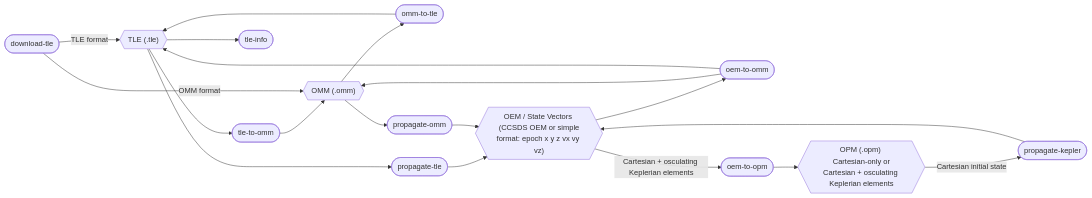
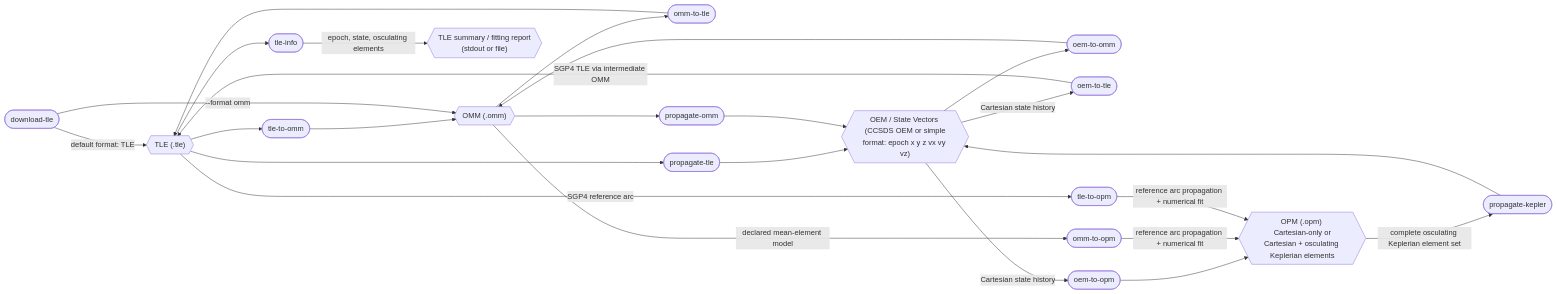
One commit to jeongyunl/ephem-toolkit changed the second of 2 diagrams in README.md. Above: the diagram before and after it, drawn with Mermaid. The commit also changed other lines of this file, not shown here.

Commit message:
Refactor README to enhance clarity on propagation commands and data flow, adding new commands and improving descriptions for better usability.

````diff
--- a/README.md
+++ b/README.md
@@ -71,43 +77,53 @@
 ```mermaid
 flowchart LR
     fmt_tle{{"TLE (.tle)"}}
     fmt_opm{{"OPM (.opm) <br/> Cartesian-only or Cartesian + osculating Keplerian elements"}}
     fmt_omm{{"OMM (.omm)"}}
     fmt_oem{{"OEM / State Vectors <br/> (CCSDS OEM or simple format: epoch x y z vx vy vz)"}}
 
     download_tle(["download-tle"])
     omm_to_tle(["omm-to-tle"])
     tle_to_omm(["tle-to-omm"])
     tle_info(["tle-info"])
     oem_to_omm(["oem-to-omm"])
+    oem_to_tle(["oem-to-tle"])
     oem_to_opm(["oem-to-opm"])
+    omm_to_opm(["omm-to-opm"])
+    tle_to_opm(["tle-to-opm"])
+    fmt_text_report{{"TLE summary / fitting report <br/> (stdout or file)"}}
     propagate_tle(["propagate-tle"])
     propagate_omm(["propagate-omm"])
     propagate_kepler(["propagate-kepler"])
 
     fmt_tle --> tle_to_omm
     tle_to_omm --> fmt_omm
 
     fmt_omm --> omm_to_tle
     omm_to_tle --> fmt_tle
 
     fmt_tle --> tle_info
+    tle_info -->|"epoch, state, osculating elements"| fmt_text_report
 
     fmt_oem --> oem_to_omm
     oem_to_omm --> fmt_omm
-    oem_to_omm --> fmt_tle
-    fmt_oem -->|"Cartesian + osculating Keplerian elements"| oem_to_opm
+    fmt_oem -->|"Cartesian state history"| oem_to_tle
+    oem_to_tle -->|"SGP4 TLE via intermediate OMM"| fmt_tle
+    fmt_oem -->|"Cartesian state history"| oem_to_opm
     oem_to_opm --> fmt_opm
 
     fmt_tle --> propagate_tle
     propagate_tle --> fmt_oem
 
     fmt_omm --> propagate_omm
     propagate_omm --> fmt_oem
+    fmt_omm -->|"declared mean-element model"| omm_to_opm
+    omm_to_opm -->|"reference arc propagation + numerical fit"| fmt_opm
+    fmt_tle -->|"SGP4 reference arc"| tle_to_opm
+    tle_to_opm -->|"reference arc propagation + numerical fit"| fmt_opm
 
-    fmt_opm -->|"Cartesian initial state"| propagate_kepler
+    fmt_opm -->|"complete osculating Keplerian element set"| propagate_kepler
     propagate_kepler --> fmt_oem
 
-    download_tle -->|"TLE format"| fmt_tle
-    download_tle -->|"OMM format"| fmt_omm
+    download_tle -->|"default format: TLE"| fmt_tle
+    download_tle -->|"--format omm"| fmt_omm
 ```
````
